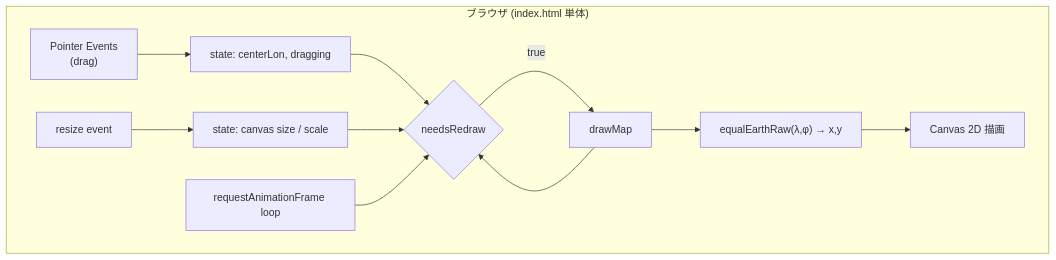
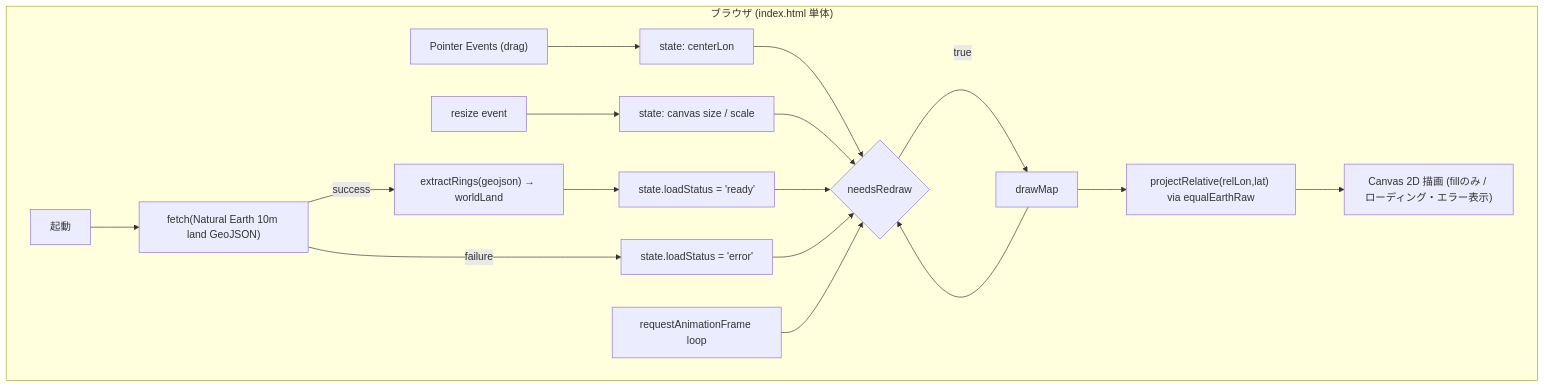
Before and after one commit to himayah/equal-earth-projection: the diagram in docs/設計書.md, drawn with Mermaid. The commit also changed other lines of this file and 6 other files, not shown here.

First line of the commit message:
Switch map data to Natural Earth 10m fetch and fix antimeridian rendering

````diff
--- a/docs/設計書.md
+++ b/docs/設計書.md
@@ -9,14 +9,20 @@
 ```mermaid
 flowchart TB
     subgraph Browser["ブラウザ (index.html 単体)"]
-        A["Pointer Events\n(drag)"] --> B["state: centerLon, dragging"]
+        Init[起動] --> Fetch["fetch(Natural Earth 10m land GeoJSON)"]
+        Fetch -- success --> Parse["extractRings(geojson) → worldLand"]
+        Fetch -- failure --> ErrState["state.loadStatus = 'error'"]
+        Parse --> Ready["state.loadStatus = 'ready'"]
+        A["Pointer Events (drag)"] --> B["state: centerLon"]
         C["resize event"] --> D["state: canvas size / scale"]
         B --> E{needsRedraw}
         D --> E
+        Ready --> E
+        ErrState --> E
         E -- true --> F[drawMap]
-        F --> G["equalEarthRaw(λ,φ) → x,y"]
-        G --> H[Canvas 2D 描画]
+        F --> G["projectRelative(relLon,lat) via equalEarthRaw"]
+        G --> H["Canvas 2D 描画 (fillのみ / ローディング・エラー表示)"]
         F --> E
         RAF["requestAnimationFrame loop"] --> E
     end
 ```
````
